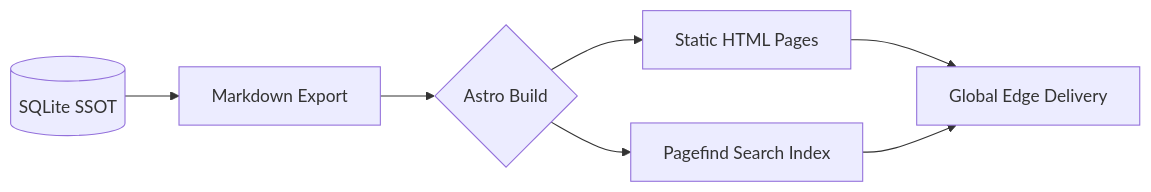
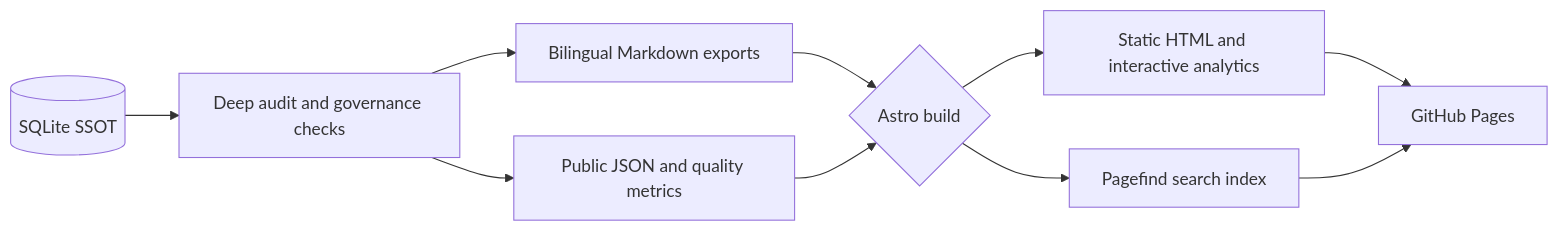
One commit to liuh886/ccus-policy-hub changed the first of 2 diagrams in README.md. Above: the diagram before and after it, drawn with Mermaid. The commit also changed other lines of this file, not shown here.

````diff
--- a/README.md
+++ b/README.md
@@ -81,9 +163,12 @@
 ```mermaid
 graph LR
-    A[(SQLite SSOT)] --> B[Markdown Export]
-    B --> C{Astro Build}
-    C --> D[Static HTML Pages]
-    C --> E[Pagefind Search Index]
-    D --> F[Global Edge Delivery]
-    E --> F
+    A[(SQLite SSOT)] --> B[Deep audit and governance checks]
+    B --> C[Bilingual Markdown exports]
+    B --> D[Public JSON and quality metrics]
+    C --> E{Astro build}
+    D --> E
+    E --> F[Static HTML and interactive analytics]
+    E --> G[Pagefind search index]
+    F --> H[GitHub Pages]
+    G --> H
 ```
````
